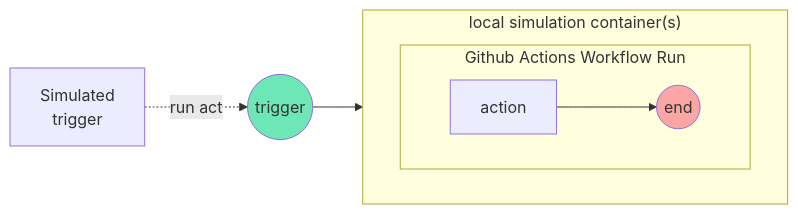
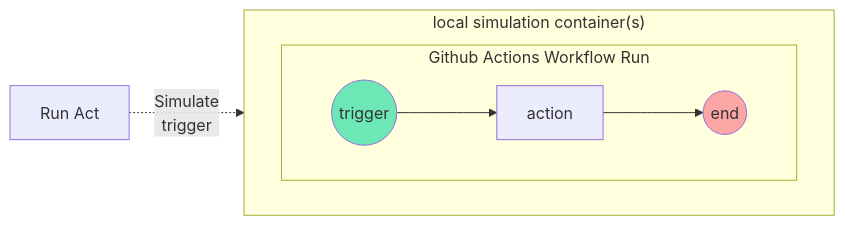
Before and after one commit to CU-DBMI/set-website: the third of 4 diagrams in _posts/2023-02-27-Repository-Workflows-with-Github-Actions.md, drawn with Mermaid. The commit also changed other lines of this file, not shown here.

````diff
--- a/_posts/2023-02-27-Repository-Workflows-with-Github-Actions.md
+++ b/_posts/2023-02-27-Repository-Workflows-with-Github-Actions.md
@@ -49,14 +50,15 @@
 ```mermaid
 flowchart LR
   subgraph container ["local simulation container(s)"]
     direction LR
     subgraph workflow [Github Actions Workflow Run]
       direction LR
+      start((trigger))
       action --> en((end))
     end
   end
-  start((trigger)) --> action
-  simulated[Simulated\ntrigger] -.-> |run act| start
+  start --> action
+  act[Run Act] -.-> |Simulate\ntrigger| start
   style start fill:#6EE7B7
   style en fill:#FCA5A5
 ```
````
